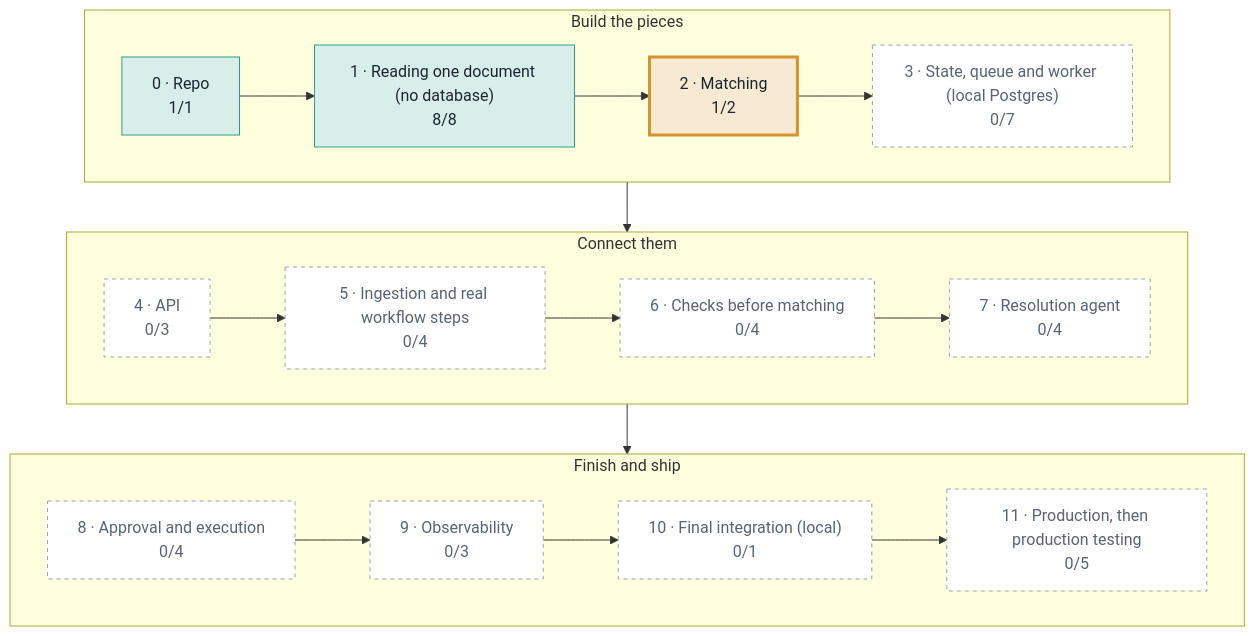
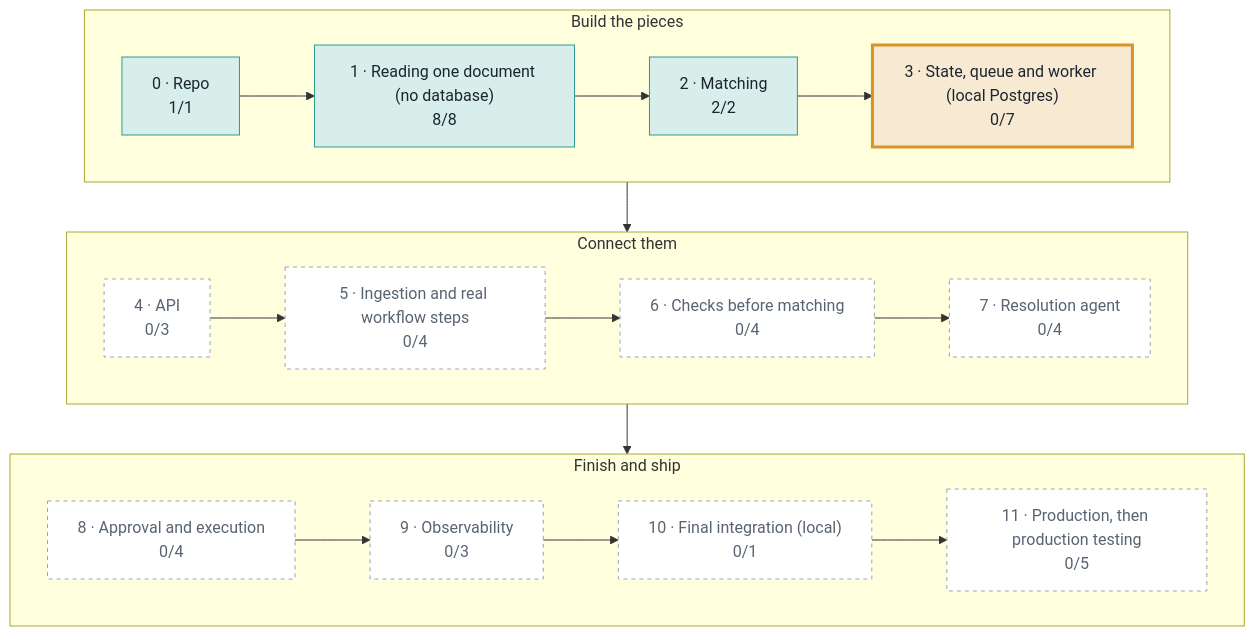
One commit to DevLCodes/three-way-match changed the first of 2 diagrams in docs/PROGRESS.md. Above: the diagram before and after it, drawn with Mermaid. The commit also changed other lines of this file and 3 other files, not shown here.

````diff
--- a/docs/PROGRESS.md
+++ b/docs/PROGRESS.md
@@ -9,31 +9,31 @@
 ```mermaid
 flowchart TB
   subgraph row0["Build the pieces"]
     direction LR
     P0["0 · Repo<br/>1/1"]:::done
     P1["1 · Reading one document (no database)<br/>8/8"]:::done
-    P2["2 · Matching<br/>1/2"]:::next
-    P3["3 · State, queue and worker (local Postgres)<br/>0/7"]:::todo
+    P2["2 · Matching<br/>2/2"]:::done
+    P3["3 · State, queue and worker (local Postgres)<br/>0/7"]:::next
     P0 --> P1 --> P2 --> P3
   end
   subgraph row4["Connect them"]
     direction LR
     P4["4 · API<br/>0/3"]:::todo
     P5["5 · Ingestion and real workflow steps<br/>0/4"]:::todo
     P6["6 · Checks before matching<br/>0/4"]:::todo
     P7["7 · Resolution agent<br/>0/4"]:::todo
     P4 --> P5 --> P6 --> P7
   end
   subgraph row8["Finish and ship"]
     direction LR
     P8["8 · Approval and execution<br/>0/4"]:::todo
     P9["9 · Observability<br/>0/3"]:::todo
     P10["10 · Final integration (local)<br/>0/1"]:::todo
     P11["11 · Production, then production testing<br/>0/5"]:::todo
     P8 --> P9 --> P10 --> P11
   end
   row0 --> row4 --> row8
   classDef done fill:#d8eeea,stroke:#2a9d8f,color:#1c2530
   classDef next fill:#f8ead2,stroke:#d7932a,stroke-width:3px,color:#1c2530
   classDef todo fill:#ffffff,stroke:#9aa5b1,stroke-dasharray:4 4,color:#586473
 ```
````
